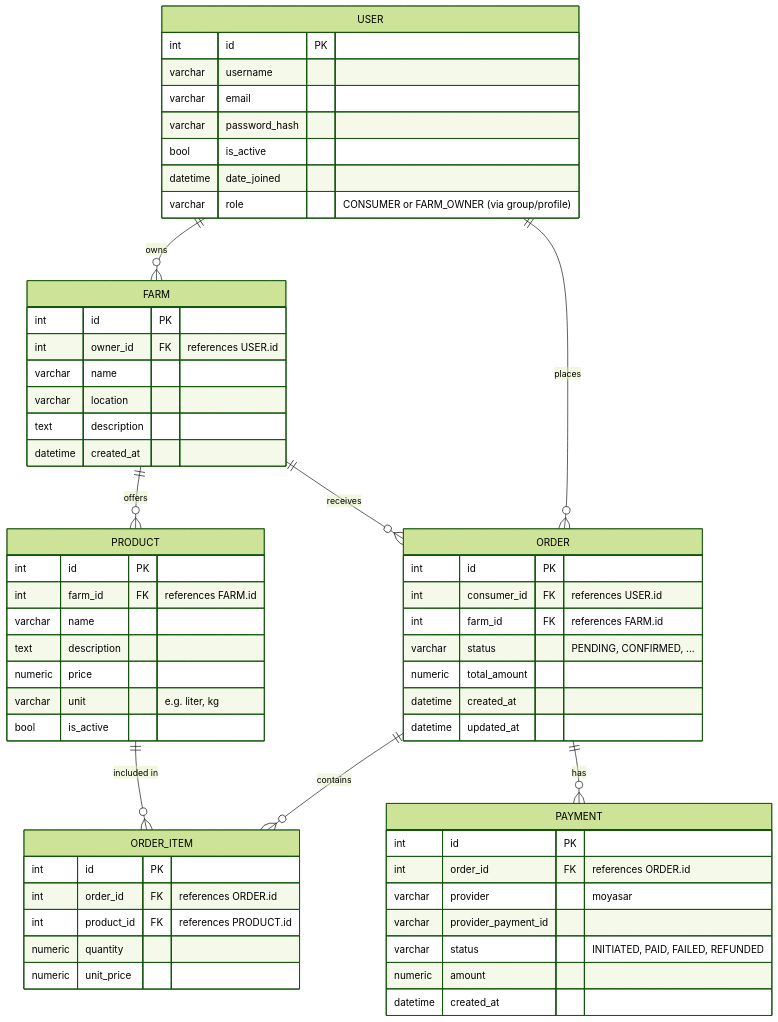
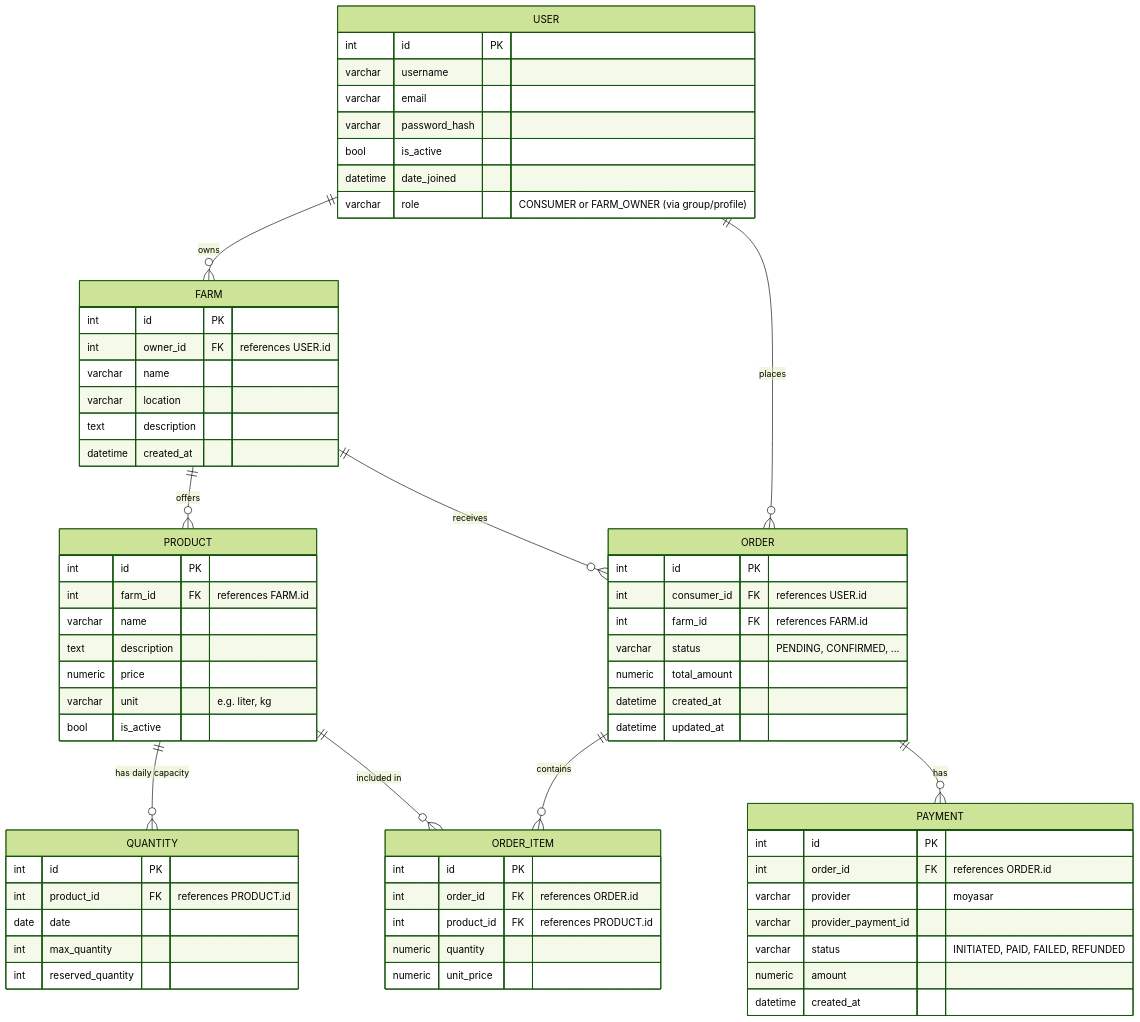
The diagram in stage 3/er-diagram.mmd (pro123123-1-1/Portfolio), drawn with Mermaid (forest theme) before and after one commit.

Commit message:
Add QUANTITY entity to ER diagram

```diff
--- a/stage 3/er-diagram.mmd
+++ b/stage 3/er-diagram.mmd
@@ -1,65 +1,73 @@
 erDiagram
     USER ||--o{ FARM : owns
     USER ||--o{ ORDER : places
     FARM ||--o{ PRODUCT : "offers"
+    PRODUCT ||--o{ QUANTITY : "has daily capacity"
     FARM ||--o{ ORDER : "receives"
     PRODUCT ||--o{ ORDER_ITEM : "included in"
     ORDER ||--o{ ORDER_ITEM : contains
     ORDER ||--o{ PAYMENT : has
 
     USER {
         int id PK
         varchar username
         varchar email
         varchar password_hash
         bool is_active
         datetime date_joined
         varchar role  "CONSUMER or FARM_OWNER (via group/profile)"
     }
 
     FARM {
         int id PK
         int owner_id FK "references USER.id"
         varchar name
         varchar location
         text description
         datetime created_at
     }
 
     PRODUCT {
         int id PK
         int farm_id FK "references FARM.id"
         varchar name
         text description
         numeric price
         varchar unit "e.g. liter, kg"
         bool is_active
     }
+    QUANTITY {
+    int id PK
+    int product_id FK "references PRODUCT.id"
+    date date
+    int max_quantity
+    int reserved_quantity
+   }
 
     ORDER {
         int id PK
         int consumer_id FK "references USER.id"
         int farm_id FK "references FARM.id"
         varchar status "PENDING, CONFIRMED, ..."
         numeric total_amount
         datetime created_at
         datetime updated_at
     }
 
     ORDER_ITEM {
         int id PK
         int order_id FK "references ORDER.id"
         int product_id FK "references PRODUCT.id"
         numeric quantity
         numeric unit_price
     }
 
     PAYMENT {
         int id PK
         int order_id FK "references ORDER.id"
         varchar provider "moyasar"
         varchar provider_payment_id
         varchar status "INITIATED, PAID, FAILED, REFUNDED"
         numeric amount
         datetime created_at
     }
```
